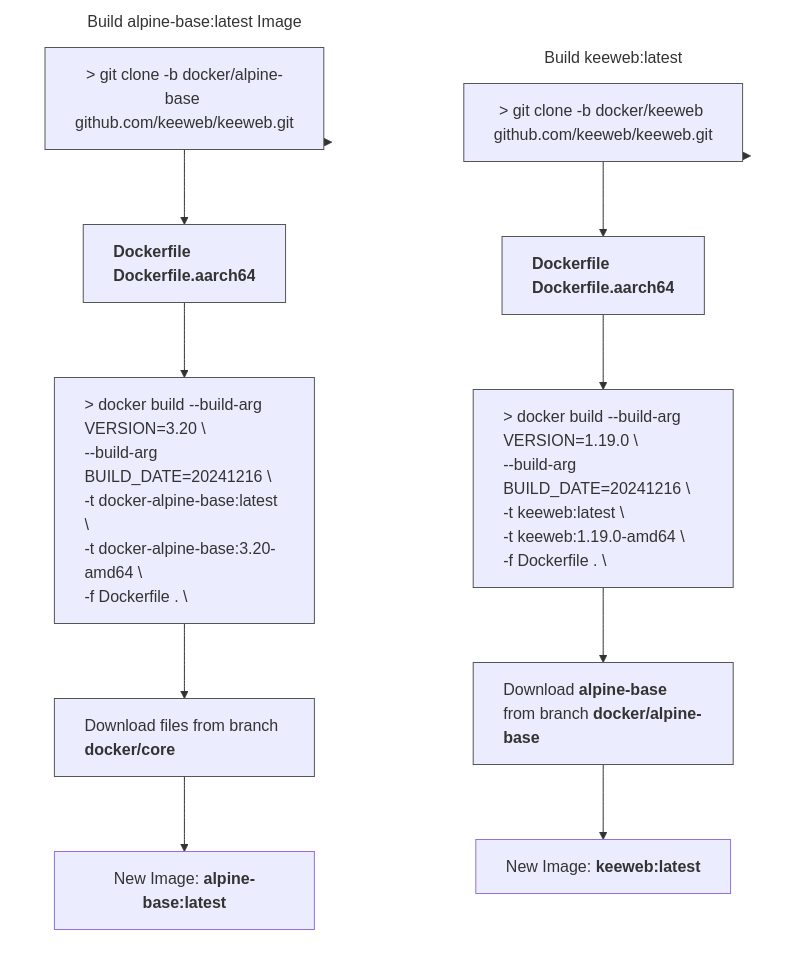
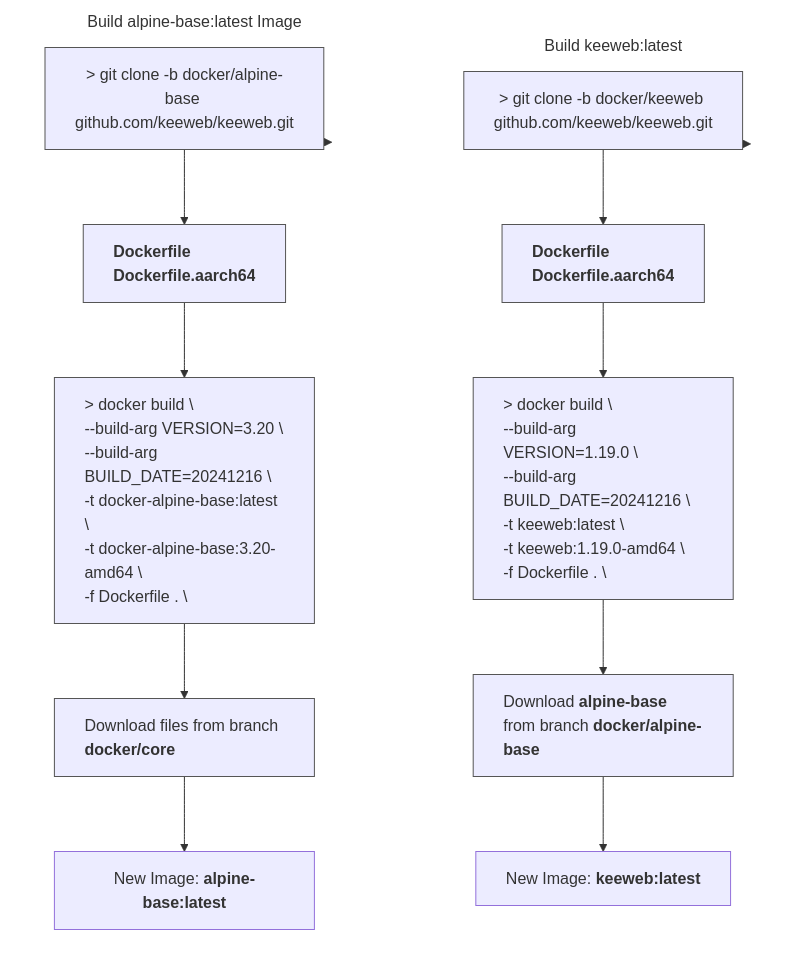
One commit to keeweb/keeweb changed the diagram in README.md. Above: the diagram before and after it, drawn with Mermaid.

Commit message:
docs(readme): fix escapes
mermaid markdown doesn't support greater than or backslash characters, must use HTML ents.

````diff
--- a/README.md
+++ b/README.md
@@ -141,49 +141,51 @@
 ```mermaid
 flowchart TB
 
 subgraph GRAPH_KEEWEB ["Build keeweb:latest"]
 
     direction TB
-    obj_step10["`\> git clone -b docker/keeweb github.com/keeweb/keeweb.git`"]
+    obj_step10["`&gt; git clone -b docker/keeweb github.com/keeweb/keeweb.git`"]
     obj_step11["`**Dockerfile
      Dockerfile.aarch64**`"]
-    obj_step12["`\> docker build --build-arg VERSION=1.19.0 \\
-    --build-arg BUILD_DATE=20241216 \\
-    -t keeweb:latest \\
-    -t keeweb:1.19.0-amd64 \\
-    -f Dockerfile . \\`"]
+    obj_step12["`&gt; docker build &bsol;
+    --build-arg VERSION=1.19.0 &bsol;
+    --build-arg BUILD_DATE=20241216 &bsol;
+    -t keeweb:latest &bsol;
+    -t keeweb:1.19.0-amd64 &bsol;
+    -f Dockerfile . &bsol;`"]
     obj_step13["`Download **alpine-base** from branch **docker/alpine-base**`"]
     obj_step14["`New Image: **keeweb:latest**`"]
 
     style obj_step10 text-align:center,stroke-width:1px,stroke:#555
     style obj_step11 text-align:left,stroke-width:1px,stroke:#555
     style obj_step12 text-align:left,stroke-width:1px,stroke:#555
     style obj_step13 text-align:left,stroke-width:1px,stroke:#555
 end
 
 style GRAPH_KEEWEB text-align:center,stroke-width:1px,stroke:transparent,fill:transparent
 
 subgraph GRAPH_ALPINE["Build alpine-base:latest Image"]
 direction TB
-    obj_step20["`\> git clone -b docker/alpine-base github.com/keeweb/keeweb.git`"]
+    obj_step20["`&gt; git clone -b docker/alpine-base github.com/keeweb/keeweb.git`"]
     obj_step21["`**Dockerfile
      Dockerfile.aarch64**`"]
-    obj_step22["`\> docker build --build-arg VERSION=3.20 \\
-    --build-arg BUILD_DATE=20241216 \\
-    -t docker-alpine-base:latest \\
-    -t docker-alpine-base:3.20-amd64 \\
-    -f Dockerfile . \\`"]
+    obj_step22["`&gt; docker build &bsol;
+    --build-arg VERSION=3.20 &bsol;
+    --build-arg BUILD_DATE=20241216 &bsol;
+    -t docker-alpine-base:latest &bsol;
+    -t docker-alpine-base:3.20-amd64 &bsol;
+    -f Dockerfile . &bsol;`"]
     obj_step23["`Download files from branch **docker/core**`"]
     obj_step24["`New Image: **alpine-base:latest**`"]
 
     style obj_step20 text-align:center,stroke-width:1px,stroke:#555
     style obj_step21 text-align:left,stroke-width:1px,stroke:#555
     style obj_step22 text-align:left,stroke-width:1px,stroke:#555
     style obj_step23 text-align:left,stroke-width:1px,stroke:#555
 end
 
 style GRAPH_ALPINE text-align:center,stroke-width:1px,stroke:transparent,fill:transparent
 
 GRAPH_KEEWEB --> obj_step10 --> obj_step11 --> obj_step12 --> obj_step13 --> obj_step14
 GRAPH_ALPINE --> obj_step20 --> obj_step21 --> obj_step22 --> obj_step23 --> obj_step24
 ```
````
